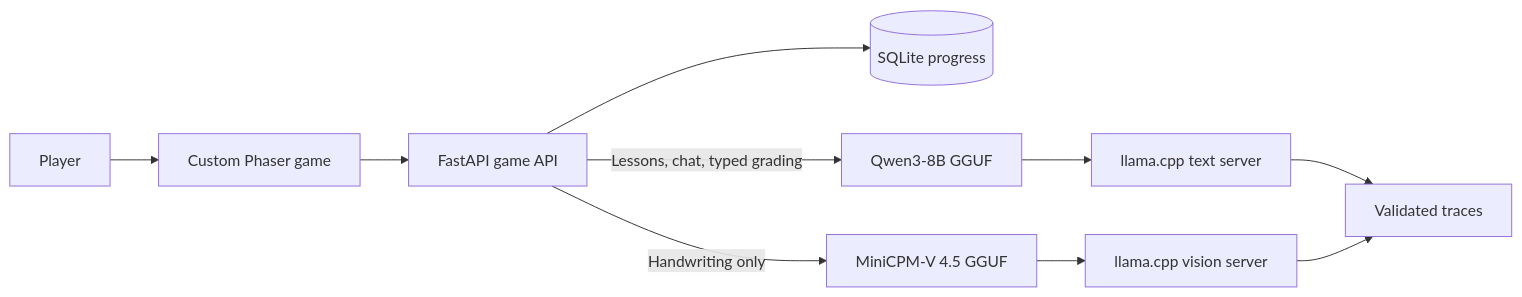
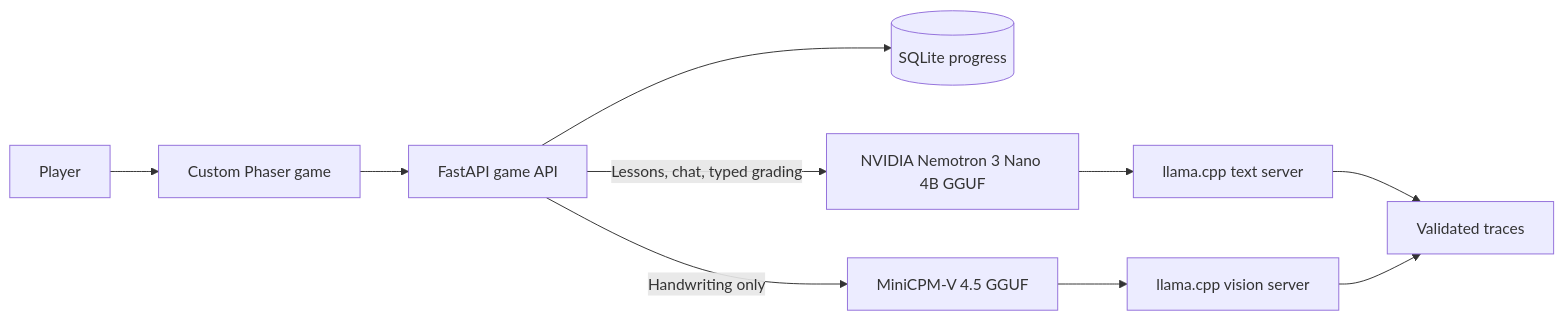
One commit to asanwari/secret-student changed the first of 2 diagrams in README.md. Above: the diagram before and after it, drawn with Mermaid. The commit also changed other lines of this file, not shown here.

Commit message:
Update README for Nemotron text model

````diff
--- a/README.md
+++ b/README.md
@@ -225,12 +225,12 @@
 ```mermaid
 flowchart LR
     P[Player] --> UI[Custom Phaser game]
     UI --> API[FastAPI game API]
     API --> DB[(SQLite progress)]
-    API -->|Lessons, chat, typed grading| TEXT[Qwen3-8B GGUF]
+    API -->|Lessons, chat, typed grading| TEXT[NVIDIA Nemotron 3 Nano 4B GGUF]
     API -->|Handwriting only| VISION[MiniCPM-V 4.5 GGUF]
     TEXT --> L1[llama.cpp text server]
     VISION --> L2[llama.cpp vision server]
     L1 --> TRACE[Validated traces]
     L2 --> TRACE
 ```
````
